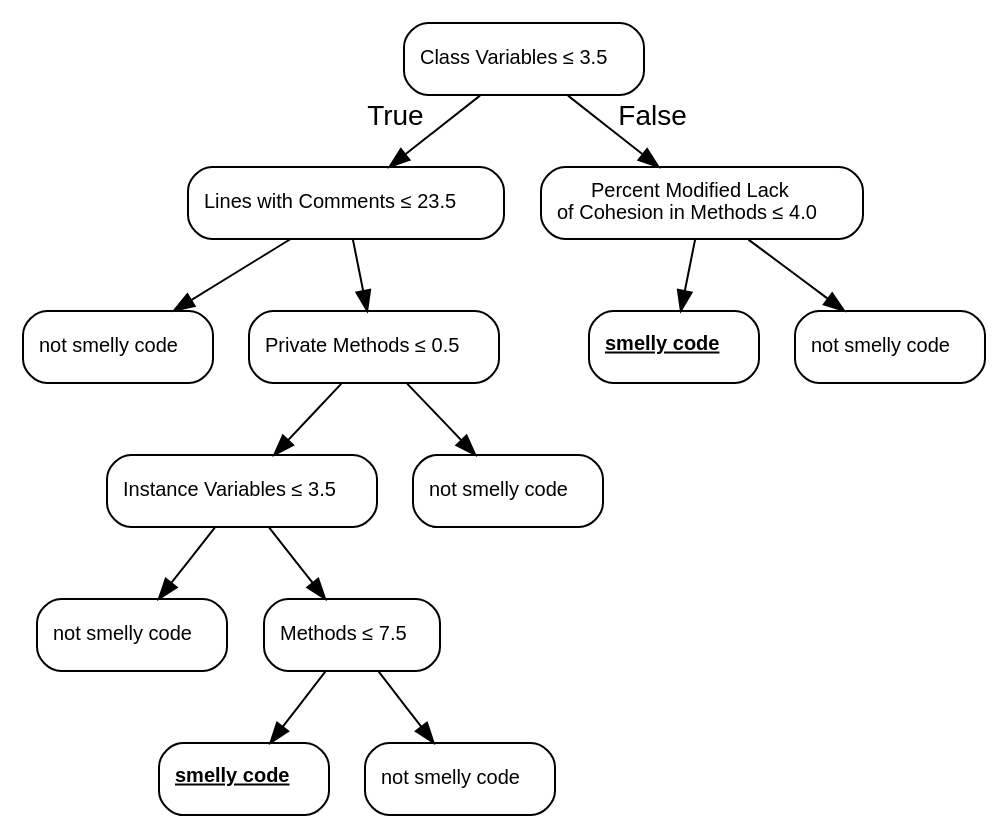
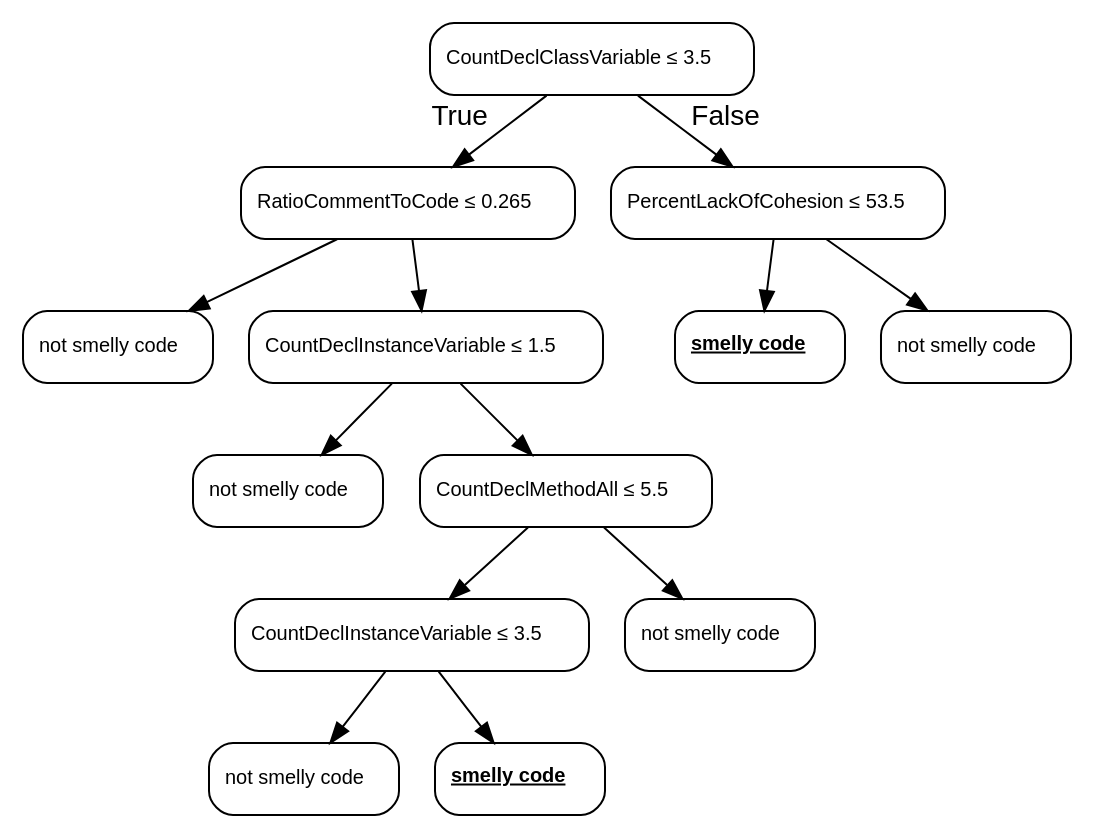
One commit to christianorossini/masterProject changed the diagram in artefatos/models/dt/cdsbp/dot/7_entropy.dot. Above: the diagram before and after it, drawn with Graphviz. The commit also changed 74 other files, not shown here.

```diff
--- a/artefatos/models/dt/cdsbp/dot/7_entropy.dot
+++ b/artefatos/models/dt/cdsbp/dot/7_entropy.dot
@@ -1,29 +1,29 @@
 digraph Tree {
 node [color="black", fontname=helvetica, shape=box, style="rounded", width=0.5, fontsize=10];
 edge [fontname=helvetica];
-0 [label=<Class Variables &le; 3.5>];
-1 [label=<Lines with Comments &le; 23.5>];
+0 [label=<CountDeclClassVariable &le; 3.5>];
+1 [label=<RatioCommentToCode &le; 0.265>];
 0 -> 1  [headlabel="True", labelangle=45, labeldistance="2.5"];
 3 [label=<not smelly code>];
 1 -> 3;
-4 [label=<Private Methods &le; 0.5>];
+4 [label=<CountDeclInstanceVariable &le; 1.5>];
 1 -> 4;
-7 [label=<Instance Variables &le; 3.5>];
+7 [label=<not smelly code>];
 4 -> 7;
-9 [label=<not smelly code>];
-7 -> 9;
-10 [label=<Methods &le; 7.5>];
-7 -> 10;
-11 [label=<<u><b>smelly code</b></u>>];
-10 -> 11;
-12 [label=<not smelly code>];
-10 -> 12;
-8 [label=<not smelly code>];
+8 [label=<CountDeclMethodAll &le; 5.5>];
 4 -> 8;
-2 [label=<Percent Modified Lack <br/>of Cohesion in Methods &le; 4.0>];
+9 [label=<CountDeclInstanceVariable &le; 3.5>];
+8 -> 9;
+11 [label=<not smelly code>];
+9 -> 11;
+12 [label=<<u><b>smelly code</b></u>>];
+9 -> 12;
+10 [label=<not smelly code>];
+8 -> 10;
+2 [label=<PercentLackOfCohesion &le; 53.5>];
 0 -> 2  [headlabel="False", labelangle="-45", labeldistance="2.5"];
 5 [label=<<u><b>smelly code</b></u>>];
 2 -> 5;
 6 [label=<not smelly code>];
 2 -> 6;
 }
```
